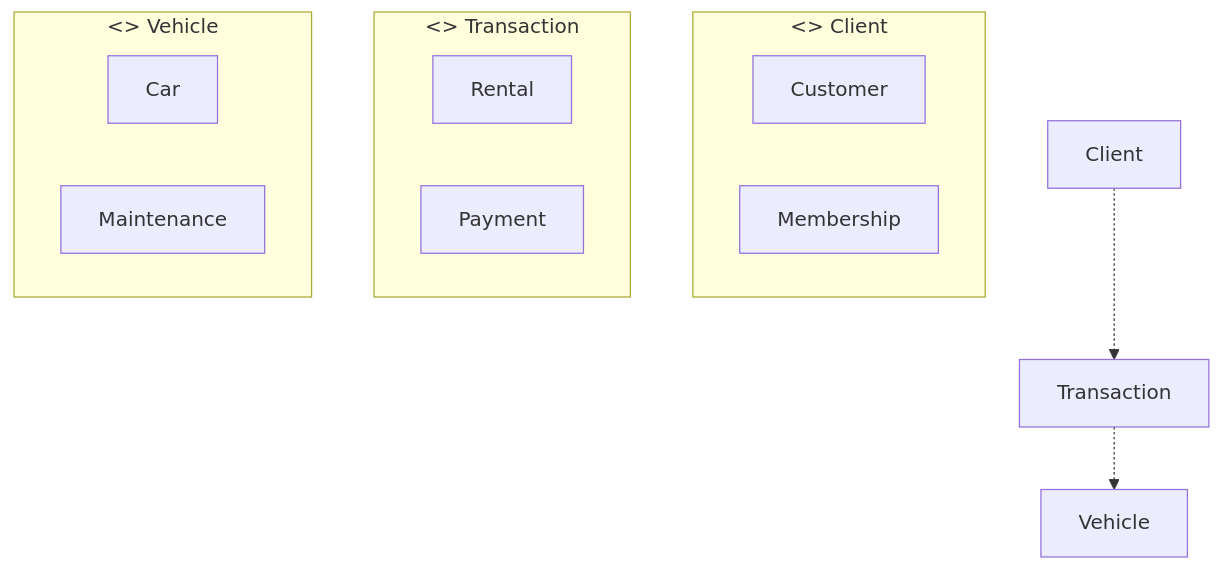
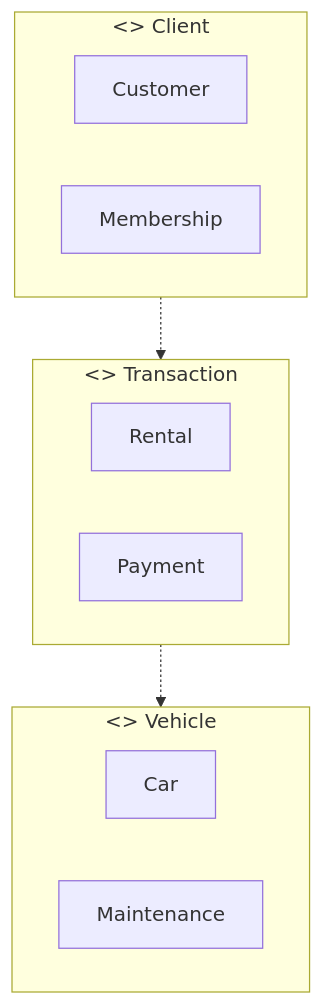
Before and after one commit to Fake1Doge/Obsidian-notes: diagram 18 of 18 in Y1S2/CCA103 System Analysis and Design.md, drawn with Mermaid. The commit also changed other lines of this file, not shown here.

````diff
--- a/Y1S2/CCA103 System Analysis and Design.md
+++ b/Y1S2/CCA103 System Analysis and Design.md
@@ -2603,17 +2603,17 @@
 ```mermaid
 graph TD
-    subgraph Client Package [<<package>> Client]
+    subgraph ClientPackage ["<<package>> Client"]
         Customer
         Membership
     end
-    subgraph Transaction Package [<<package>> Transaction]
+    subgraph TransactionPackage ["<<package>> Transaction"]
         Rental
         Payment
     end
-    subgraph Vehicle Package [<<package>> Vehicle]
+    subgraph VehiclePackage ["<<package>> Vehicle"]
         Car
         Maintenance
     end
-    Client -.-> Transaction
-    Transaction -.-> Vehicle
+    ClientPackage -.-> TransactionPackage
+    TransactionPackage -.-> VehiclePackage
 ```
````
